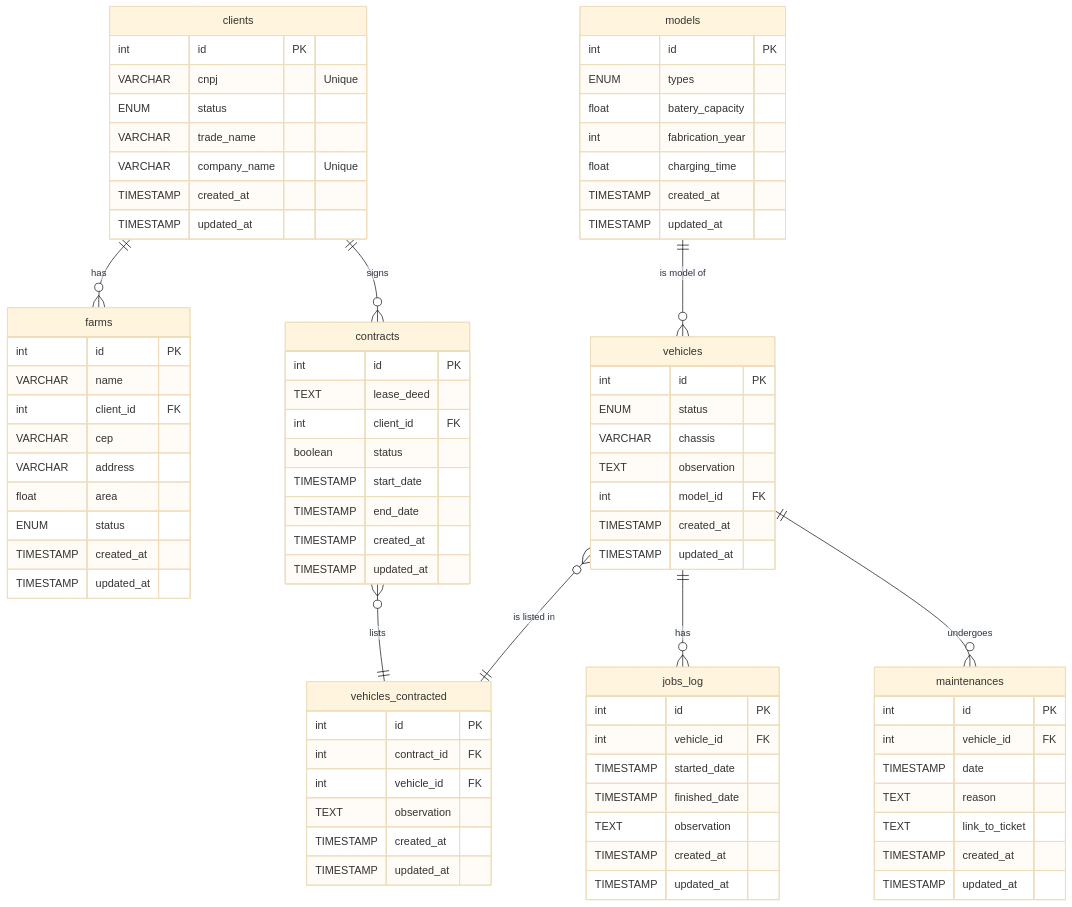
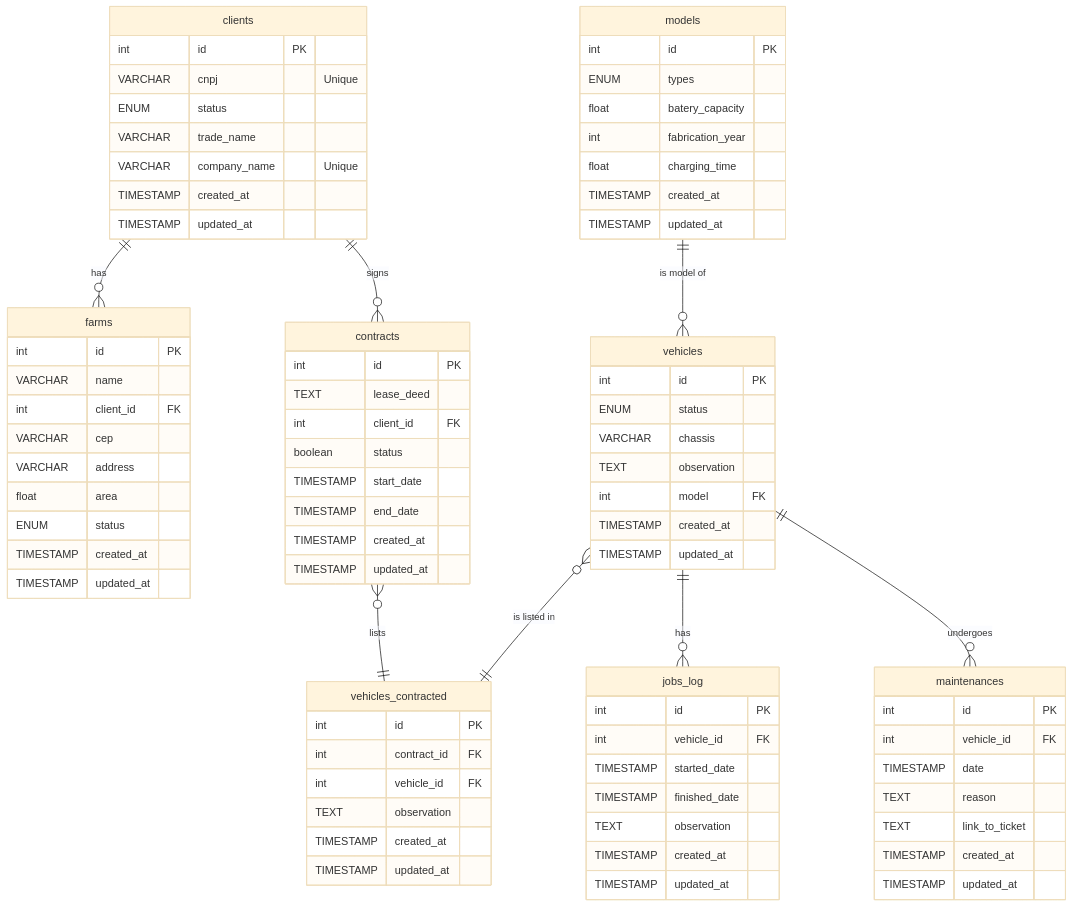
The diagram in docs/mysql_estrutura.md (GustavoBehnck/banco_de_dados_2), drawn with Mermaid (base theme) before and after one commit.

Commit message:
Quick name fix

```diff
--- a/docs/mysql_estrutura.md
+++ b/docs/mysql_estrutura.md
@@ -52,7 +52,7 @@
         ENUM status
         VARCHAR chassis
         TEXT observation
-        int model_id FK
+        int model FK
         TIMESTAMP created_at
         TIMESTAMP updated_at
     }
```
